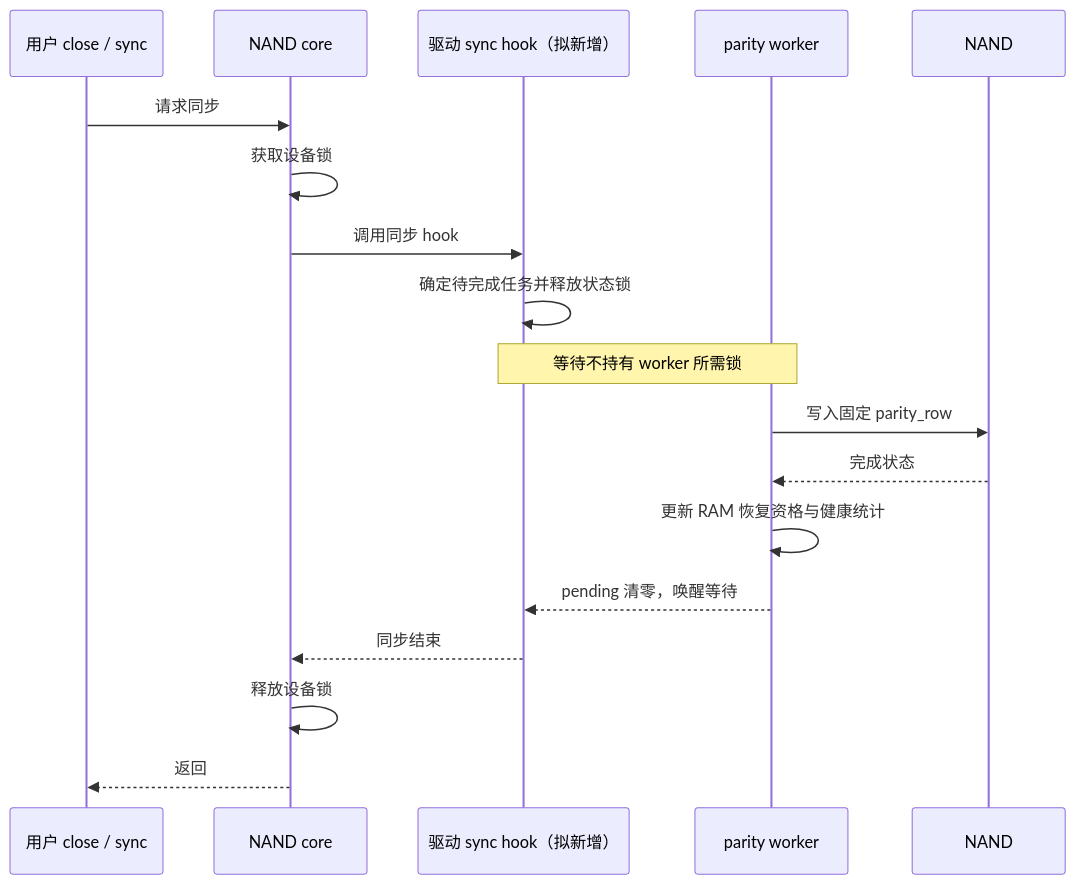
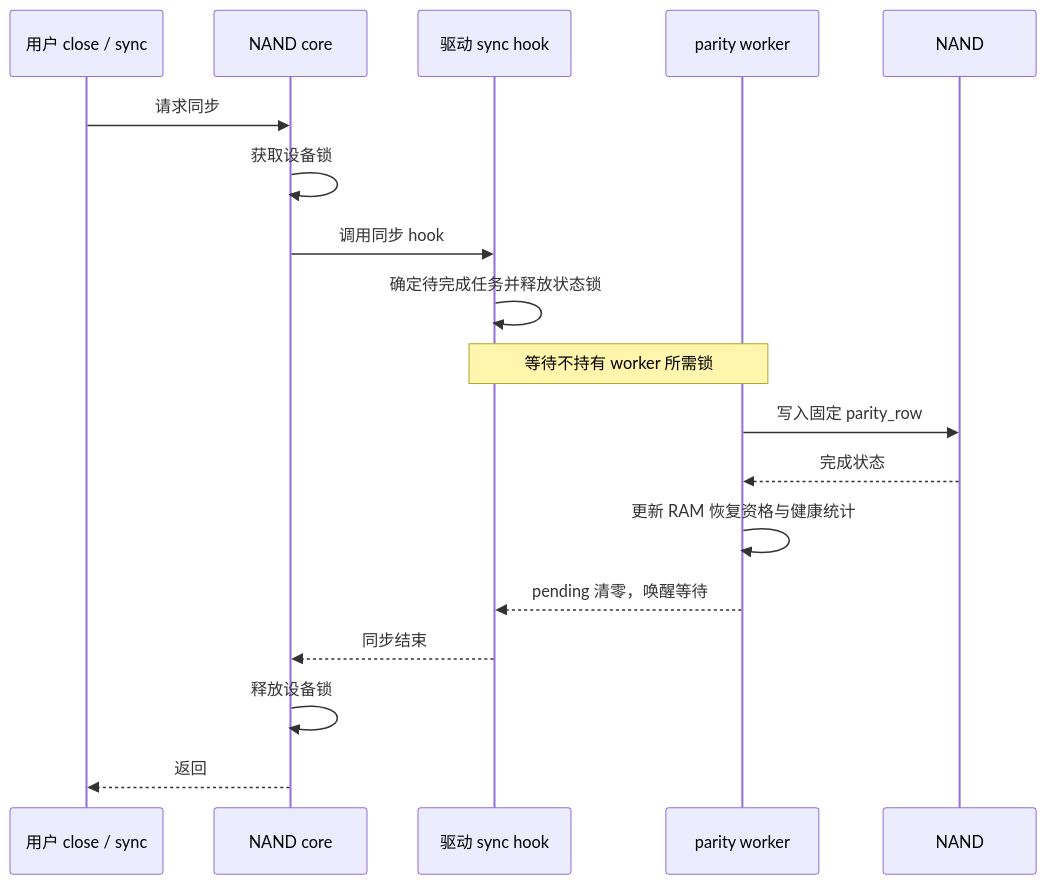
Diagram 18 of 18 in docs/superpowers/specs/2026-08-30-multiplane-page-raid1-raid5-design.md (avenstar65/3dnand_test), drawn with Mermaid before and after one commit. The commit also changed other lines of this file and 20 other files, not shown here.

````diff
--- a/docs/superpowers/specs/2026-08-30-multiplane-page-raid1-raid5-design.md
+++ b/docs/superpowers/specs/2026-08-30-multiplane-page-raid1-raid5-design.md
@@ -636,20 +801,20 @@
 ```mermaid
 sequenceDiagram
     participant U as 用户 close / sync
     participant C as NAND core
-    participant D as 驱动 sync hook（拟新增）
+    participant D as 驱动 sync hook
     participant W as parity worker
     participant H as NAND
     U->>C: 请求同步
     C->>C: 获取设备锁
     C->>D: 调用同步 hook
     D->>D: 确定待完成任务并释放状态锁
     Note over D,W: 等待不持有 worker 所需锁
     W->>H: 写入固定 parity_row
     H-->>W: 完成状态
     W->>W: 更新 RAM 恢复资格与健康统计
     W-->>D: pending 清零，唤醒等待
     D-->>C: 同步结束
     C->>C: 释放设备锁
     C-->>U: 返回
 ```
````
